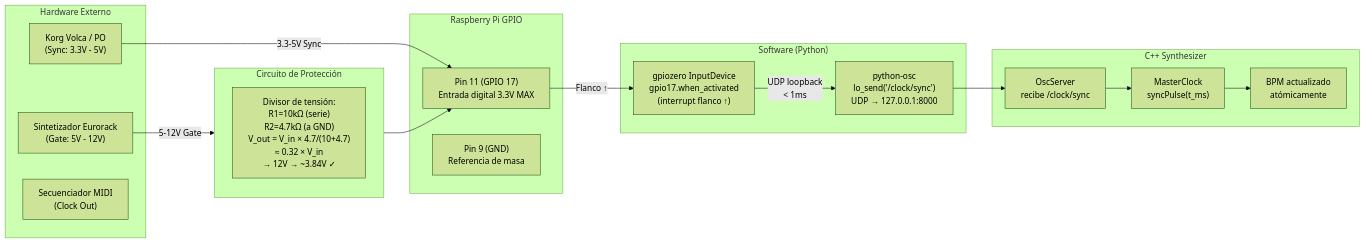
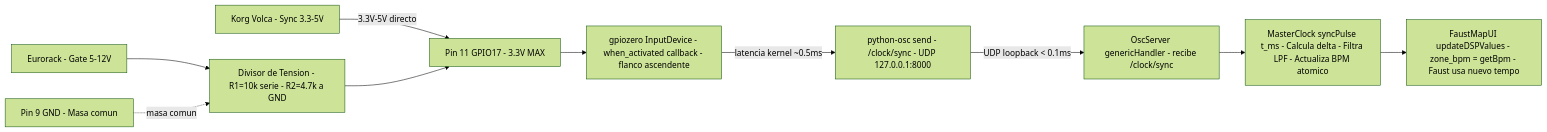
One commit to Zann181/sintetizador changed the ninth of 12 diagrams in README.md. Above: the diagram before and after it, drawn with Mermaid (forest theme). The commit also changed other lines of this file, not shown here.

````diff
--- a/README.md
+++ b/README.md
@@ -778,37 +1312,31 @@
 ```mermaid
 flowchart LR
-    subgraph HW_EXT["Hardware Externo"]
-        EURORACK["Sintetizador Eurorack\n(Gate: 5V - 12V)"]
-        VOLCA["Korg Volca / PO\n(Sync: 3.3V - 5V)"]
-        SEQ["Secuenciador MIDI\n(Clock Out)"]
-    end
+    EURORACK["Eurorack - Gate 5-12V"]
+    VOLCA["Korg Volca - Sync 3.3-5V"]
 
-    subgraph PROTECCION["Circuito de Protección"]
-        DIV["Divisor de tensión:\nR1=10kΩ (serie)\nR2=4.7kΩ (a GND)\nV_out = V_in × 4.7/(10+4.7)\n≈ 0.32 × V_in\n→ 12V → ~3.84V ✓"]
-    end
+    VOLTAGE_DIV["Divisor de Tension - R1=10k serie - R2=4.7k a GND"]
 
-    subgraph RPI_HW["Raspberry Pi GPIO"]
-        PIN11["Pin 11 (GPIO 17)\nEntrada digital 3.3V MAX"]
-        PIN9["Pin 9 (GND)\nReferencia de masa"]
-    end
+    GPIO17_PIN["Pin 11 GPIO17 - 3.3V MAX"]
+    GND_PIN["Pin 9 GND - Masa comun"]
 
-    subgraph SOFTWARE["Software (Python)"]
-        GPIOZERO["gpiozero InputDevice\ngpio17.when_activated\n(interrupt flanco ↑)"]
-        OSCPY["python-osc\nlo_send('/clock/sync')\nUDP → 127.0.0.1:8000"]
-    end
+    GPIOZERO_CB["gpiozero InputDevice - when_activated callback - flanco ascendente"]
 
-    subgraph CPPSYN["C++ Synthesizer"]
-        OSCRECV["OscServer\nrecibe /clock/sync"]
-        MASTERCLOCK2["MasterClock\nsyncPulse(t_ms)"]
-        BPM_UPDATE["BPM actualizado\natómicamente"]
-    end
+    OSC_SEND["python-osc send - /clock/sync - UDP 127.0.0.1:8000"]
 
-    EURORACK -->|"5-12V Gate"| PROTECCION
-    VOLCA -->|"3.3-5V Sync"| PIN11
-    PROTECCION --> PIN11
-    PIN11 -->|"Flanco ↑"| GPIOZERO
-    GPIOZERO -->|"UDP loopback\n< 1ms"| OSCPY
-    OSCPY --> OSCRECV
-    OSCRECV --> MASTERCLOCK2
-    MASTERCLOCK2 --> BPM_UPDATE
+    OSC_RECV["OscServer genericHandler - recibe /clock/sync"]
+
+    MASTERCLOCK_SYNC["MasterClock syncPulse t_ms - Calcula delta - Filtra LPF - Actualiza BPM atomico"]
+
+    FAUST_BPM["FaustMapUI updateDSPValues - zone_bpm = getBpm - Faust usa nuevo tempo"]
+
+    EURORACK --> VOLTAGE_DIV
+    VOLCA -->|"3.3V-5V directo"| GPIO17_PIN
+    VOLTAGE_DIV --> GPIO17_PIN
+    GND_PIN -.->|"masa comun"| VOLTAGE_DIV
+
+    GPIO17_PIN --> GPIOZERO_CB
+    GPIOZERO_CB -->|"latencia kernel ~0.5ms"| OSC_SEND
+    OSC_SEND -->|"UDP loopback < 0.1ms"| OSC_RECV
+    OSC_RECV --> MASTERCLOCK_SYNC
+    MASTERCLOCK_SYNC --> FAUST_BPM
 ```
````
